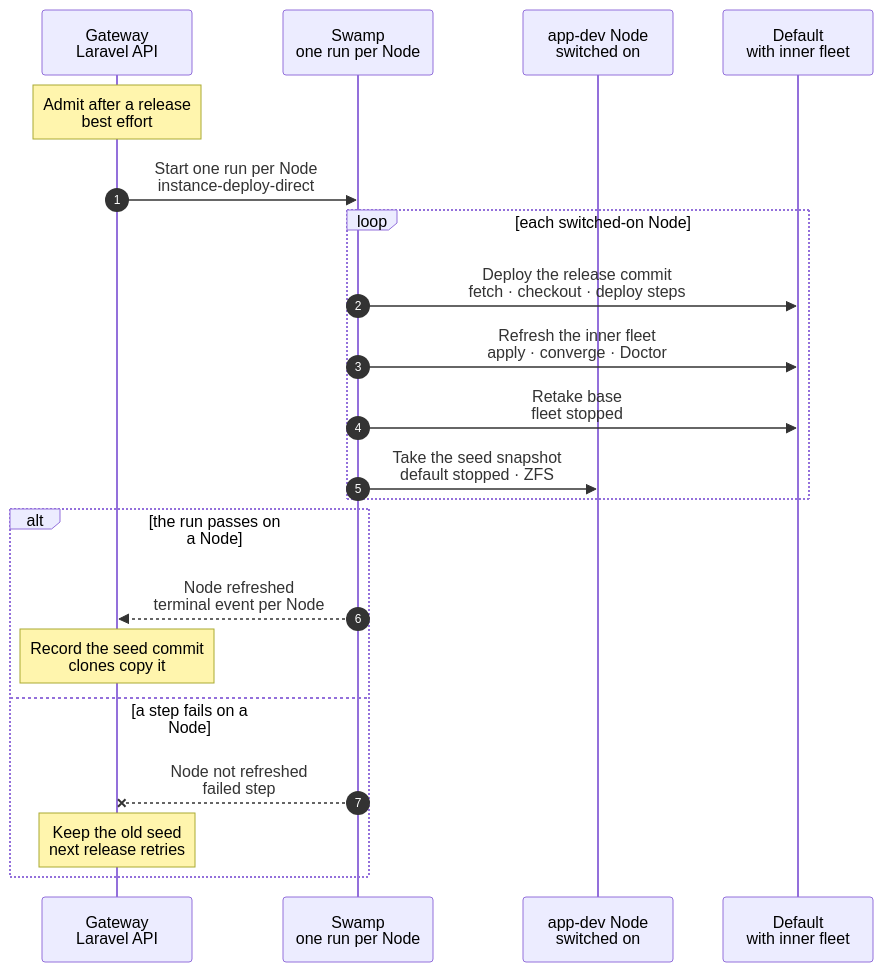
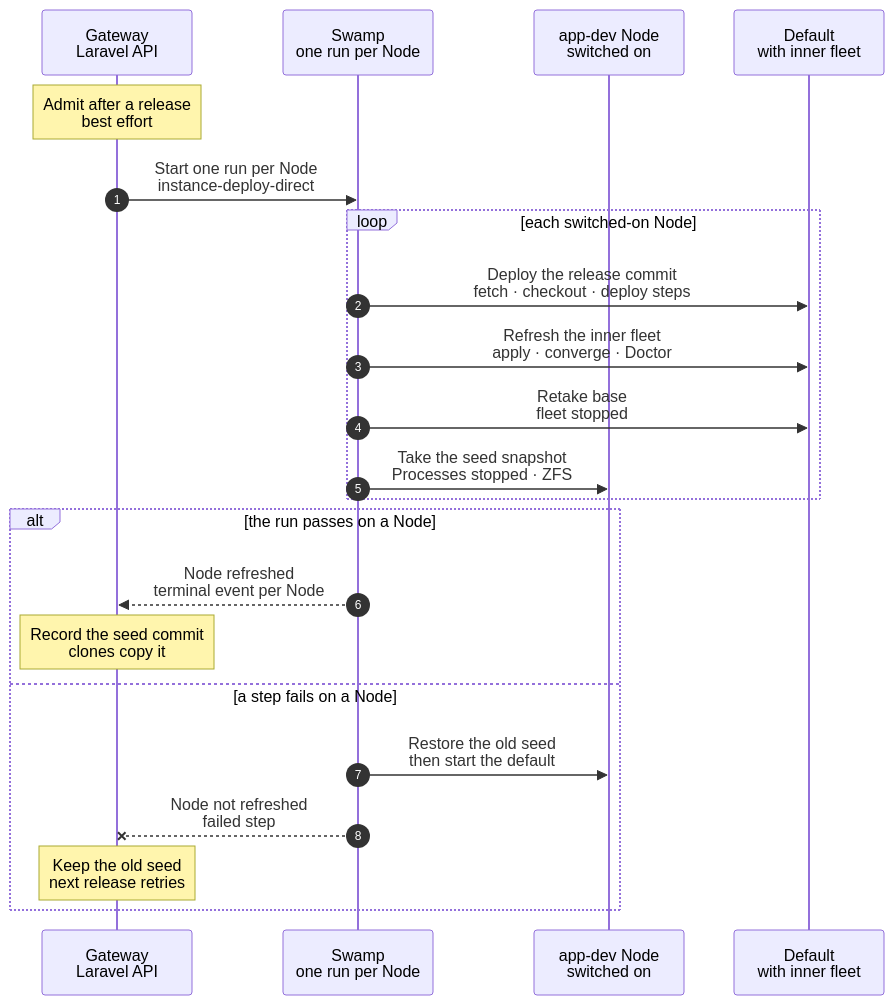
One commit to hardimpactdev/orbit changed the diagram in docs/reference/pipeline/6-task-image-seed-refresh.mmd. Above: the diagram before and after it, drawn with Mermaid. The commit also changed 27 other files, not shown here.

First line of the commit message:
feat(instances): refresh the nested-fleet default after each release

```diff
--- a/docs/reference/pipeline/6-task-image-seed-refresh.mmd
+++ b/docs/reference/pipeline/6-task-image-seed-refresh.mmd
@@ -1,48 +1,49 @@
 sequenceDiagram
   %% Target design: stage 6 of the command development pipeline. Each Node with the nested-fleet switch keeps the nested-fleet Project's default Instance, an Incus container that holds the inner fleet. After each Gateway release, Orbit deploys that default to the release commit, refreshes its fleet and takes the seed snapshot that a task or a new Instance of the Project clones. There is no VM, no image publish and no daily run. The per-Node run: docs/cli/instance/container/fleet-refresh.mmd. Until the last proof runs in containers, the task VM refresh (docs/cli/task/vm-image-refresh.mmd) still runs; see docs/reference/old-paths.md.
   %% status: draft
   %% command: development pipeline stage 6 · per-Node seed refresh
   %% kind: pipeline.6-task-image-seed-refresh
   autonumber
   %% lane GW icon=gateway pill=intent tone=blue
   %% lane SW icon=workflow pill=executes tone=green
   %% lane N icon=server pill=each Node tone=amber
   %% lane C icon=server pill=default tone=purple
   participant GW as Gateway<br/>Laravel API
   participant SW as Swamp<br/>one run per Node
   participant N as app-dev Node<br/>switched on
   participant C as Default<br/>with inner fleet
   Note over GW: Admit after a release<br/>best effort
   %%> Triggers:
   %%> - every verified Gateway release, from its admission step after Horizon starts; the release does not wait
   %%> When:
-  %%> - a Node with a clone copy in flight waits until the copy ends
-  %%> - a Node with a refresh open keeps it; the newest release commit waits behind it
+  %%> - a default with a clone copy in flight refuses with `instance.clone_in_flight`; the next release tries again
+  %%> - a default with a deployment open refuses by its Instance lock; nothing queues behind it
   GW->>SW: Start one run per Node<br/>instance-deploy-direct
   %%> Why:
   %%> - each Node keeps its own seed; nothing is copied between Nodes
   loop each switched-on Node
     SW->>C: Deploy the release commit<br/>fetch · checkout · deploy steps
     %%> What it does:
     %%> - the same steps as every container default deployment
     SW->>C: Refresh the inner fleet<br/>apply · converge · Doctor
     %%> What it does:
-    %%> - starts the fleet, migrates the nested Gateway, converges the two nested Nodes, waits for Doctor
+    %%> - starts the fleet, migrates the nested Gateway, converges the three nested Nodes, waits for Doctor
     SW->>C: Retake base<br/>fleet stopped
     %%> Why:
     %%> - a restore reverts device and config keys, so `base` holds every fleet rule
-    SW->>N: Take the seed snapshot<br/>default stopped · ZFS
+    SW->>N: Take the seed snapshot<br/>Processes stopped · ZFS
     %%> What it does:
-    %%> - removes the Club key, stops the default and snapshots it
+    %%> - refuses when the Club key is a file on the default's disk; the key lives outside it
   end
   alt the run passes on a Node
     SW-->>GW: Node refreshed<br/>terminal event per Node
     Note over GW: Record the seed commit<br/>clones copy it
     %%> Result:
     %%> - one slow Node does not hold the others; existing clones keep their fleet
   else a step fails on a Node
+    SW->>N: Restore the old seed<br/>then start the default
     SW--xGW: Node not refreshed<br/>failed step
     Note over GW: Keep the old seed<br/>next release retries
     %%> Result:
     %%> - clones keep copying the old seed; the Operation names the failed step
   end
```
